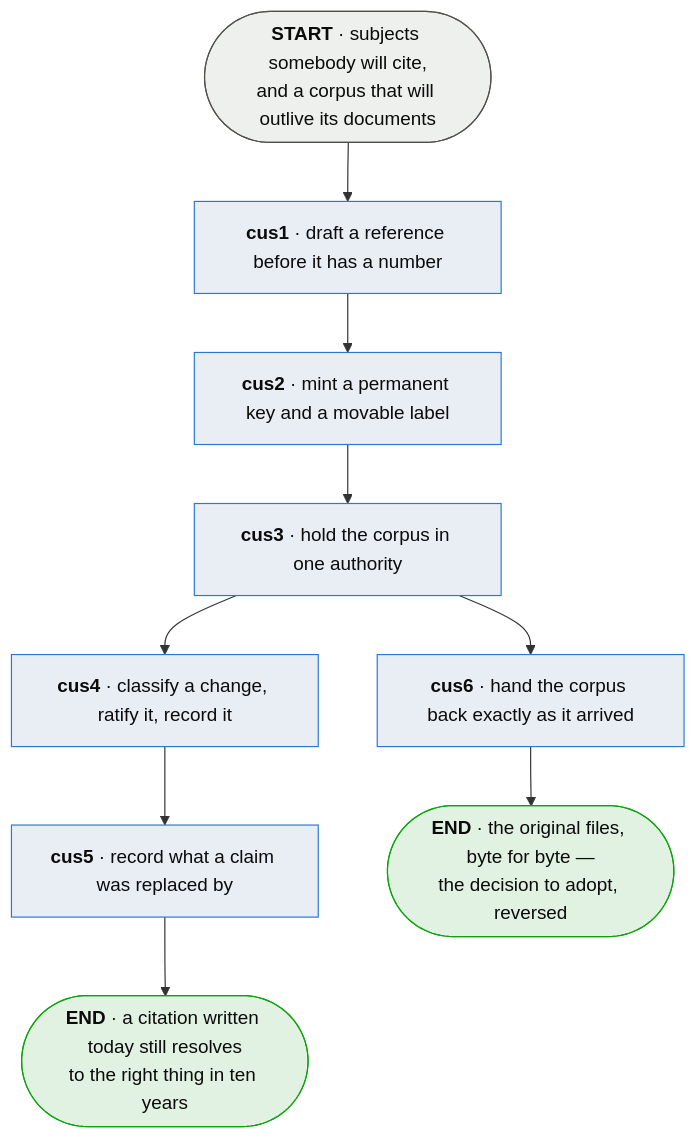
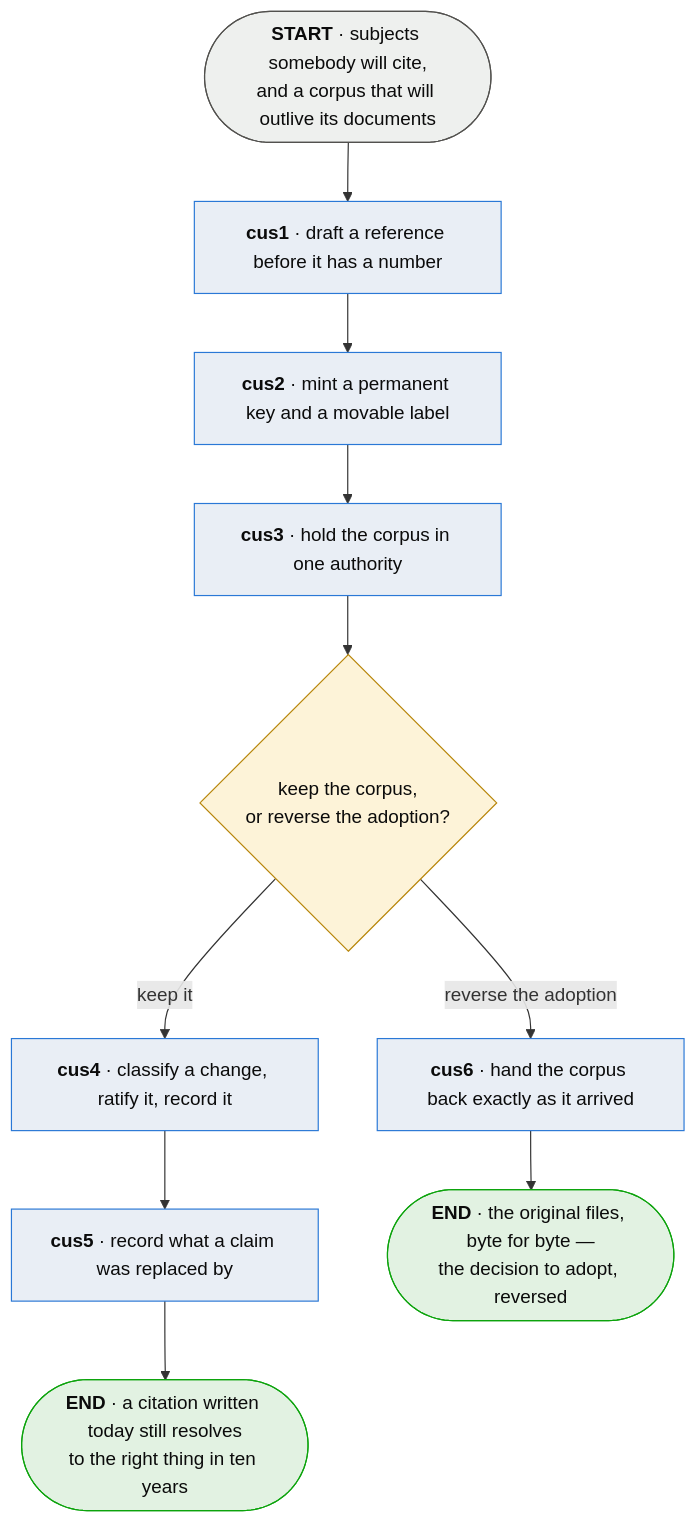
One commit to plumbspec/goldspec changed the diagram in spec/diagrams/cus-keep-the-corpus.md. Above: the diagram before and after it, drawn with Mermaid. The commit also changed other lines of this file and 8 other files, not shown here.

````diff
--- a/spec/diagrams/cus-keep-the-corpus.md
+++ b/spec/diagrams/cus-keep-the-corpus.md
@@ -12,21 +12,24 @@
 ```mermaid
 flowchart TD
     IN([<b>START</b> · subjects somebody will cite,<br/>and a corpus that will outlive its documents]):::terminal
 
     DRAFT[<b>cus1</b> · draft a reference before it has a number]:::process
     MINT[<b>cus2</b> · mint a permanent key and a movable label]:::process
     HOLD[<b>cus3</b> · hold the corpus in one authority]:::process
     CLASS[<b>cus4</b> · classify a change, ratify it, record it]:::process
     LIN[<b>cus5</b> · record what a claim was replaced by]:::process
+    KEEPQ{keep the corpus,<br/>or reverse the adoption?}:::question
     BACK[<b>cus6</b> · hand the corpus back exactly as it arrived]:::process
 
     OUT([<b>END</b> · a citation written today still resolves<br/>to the right thing in ten years]):::good
     GONE([<b>END</b> · the original files, byte for byte —<br/>the decision to adopt, reversed]):::good
 
-    IN --> DRAFT --> MINT --> HOLD --> CLASS --> LIN --> OUT
-    HOLD --> BACK --> GONE
+    IN --> DRAFT --> MINT --> HOLD --> KEEPQ
+    KEEPQ -->|keep it| CLASS --> LIN --> OUT
+    KEEPQ -->|reverse the adoption| BACK --> GONE
 
     classDef terminal fill:#eef0ee,stroke:#52514e,color:#0b0b0b;
     classDef process fill:#e9eef5,stroke:#2a78d6,color:#0b0b0b;
+    classDef question fill:#fdf3d8,stroke:#b8860b,color:#0b0b0b;
     classDef good fill:#e2f2e2,stroke:#0ca30c,color:#0b0b0b;
 ```
````
